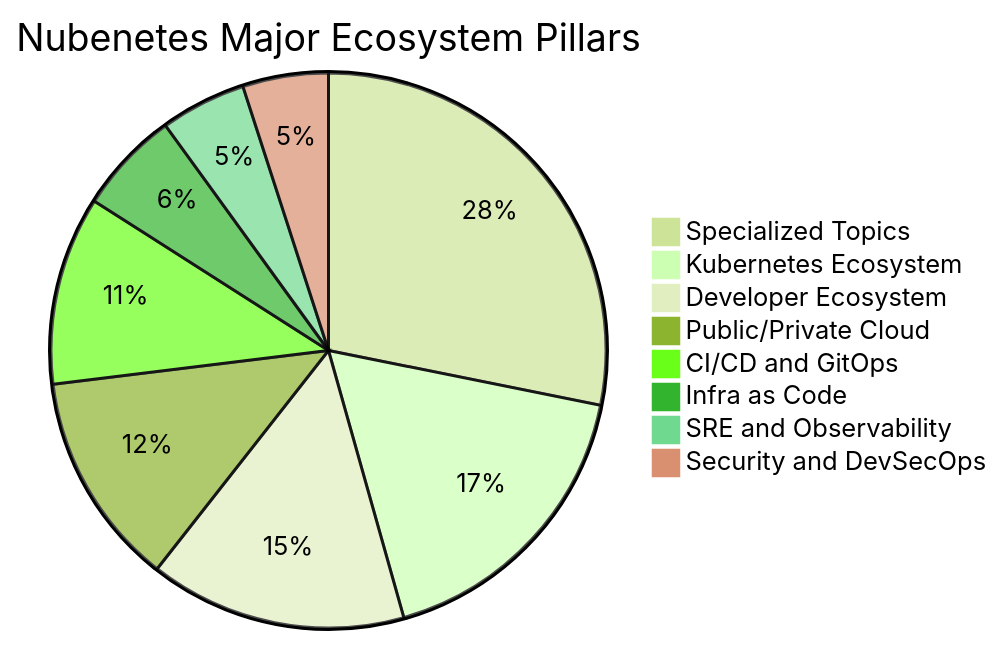
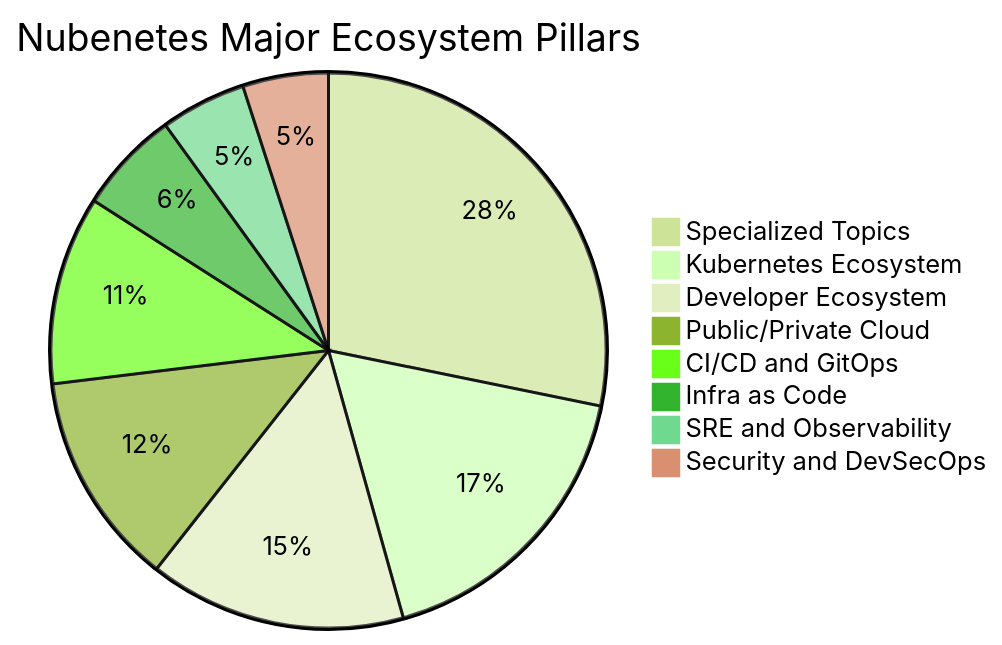
The second of 14 diagrams in README.md (nubenetes/awesome-kubernetes), drawn with Mermaid (forest theme) before and after one commit. The commit also changed other lines of this file and 4 other files, not shown here.

````diff
--- a/README.md
+++ b/README.md
@@ -308,11 +308,11 @@
 ```mermaid
 pie title Nubenetes Major Ecosystem Pillars
-    "Specialized Topics" : 5646
+    "Specialized Topics" : 5658
     "Kubernetes Ecosystem" : 3500
     "Developer Ecosystem" : 3000
     "Public/Private Cloud" : 2500
     "CI/CD and GitOps" : 2200
     "Infra as Code" : 1200
     "SRE and Observability" : 1000
     "Security and DevSecOps" : 1000
 ```
````
